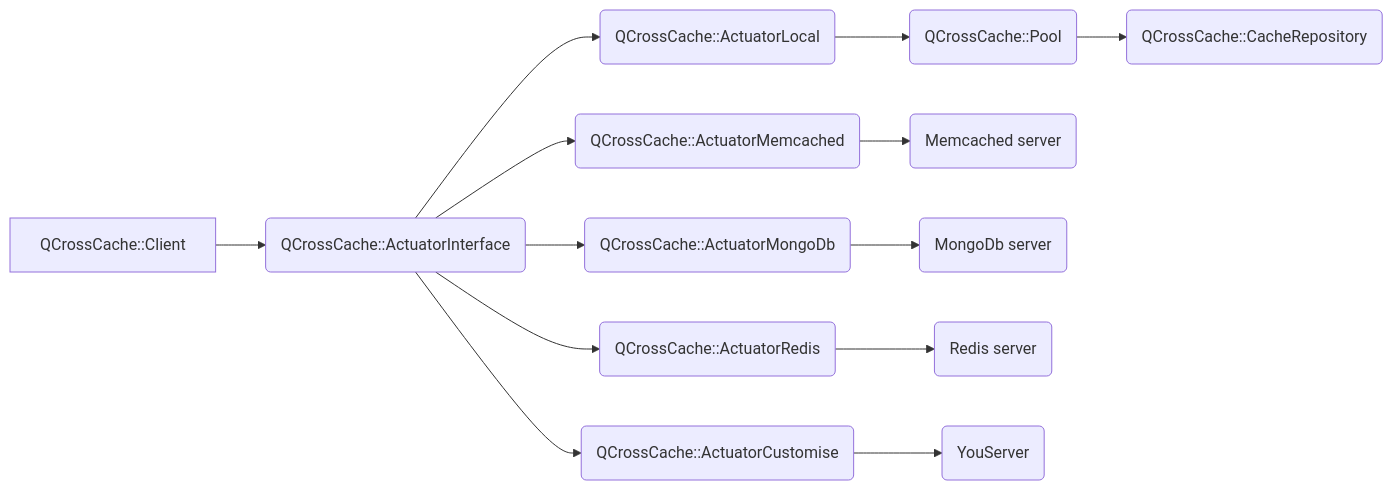
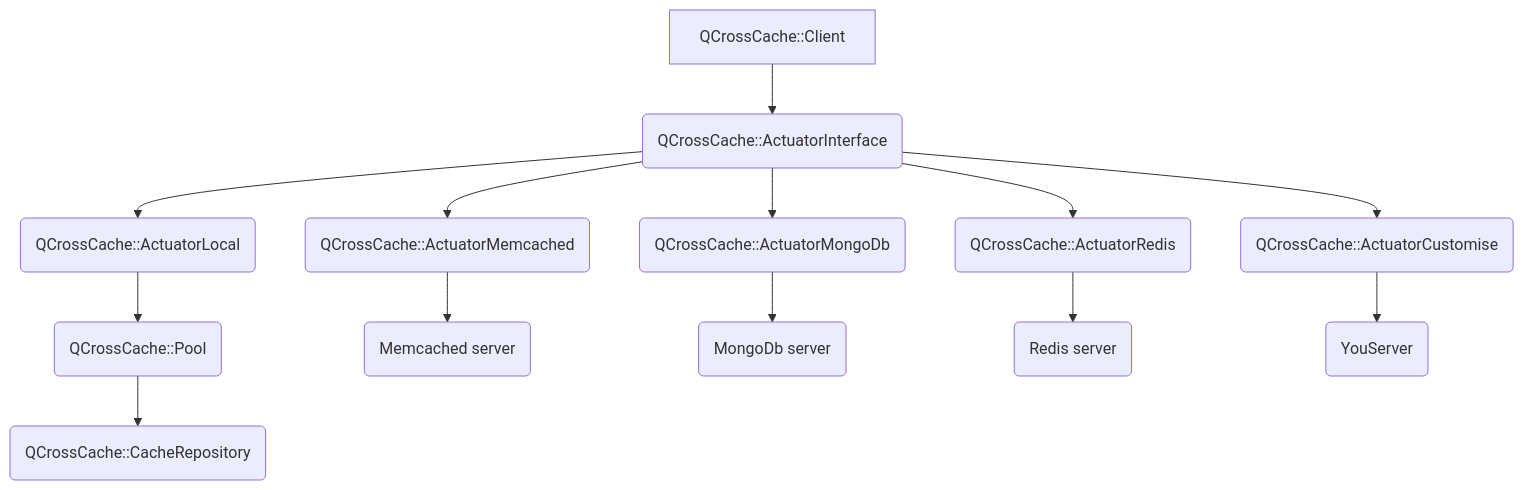
Before and after one commit to flaviomarcio/qcrosscache: the diagram in README.md, drawn with Mermaid.

````diff
--- a/README.md
+++ b/README.md
@@ -8,10 +8,10 @@
 ```mermaid
-graph LR
+graph TD
 A[QCrossCache::Client] 
 A --> B(QCrossCache::ActuatorInterface)
 B --> BA(QCrossCache::ActuatorLocal)--> BAA(QCrossCache::Pool)--> BAAA(QCrossCache::CacheRepository)
 B --> BB(QCrossCache::ActuatorMemcached)--> BBA(Memcached server)
 B --> BC(QCrossCache::ActuatorMongoDb)--> BCA(MongoDb server)
 B --> BD(QCrossCache::ActuatorRedis)--> BDA(Redis server)
 B --> BE(QCrossCache::ActuatorCustomise)--> BEA(YouServer)
 ```
````
